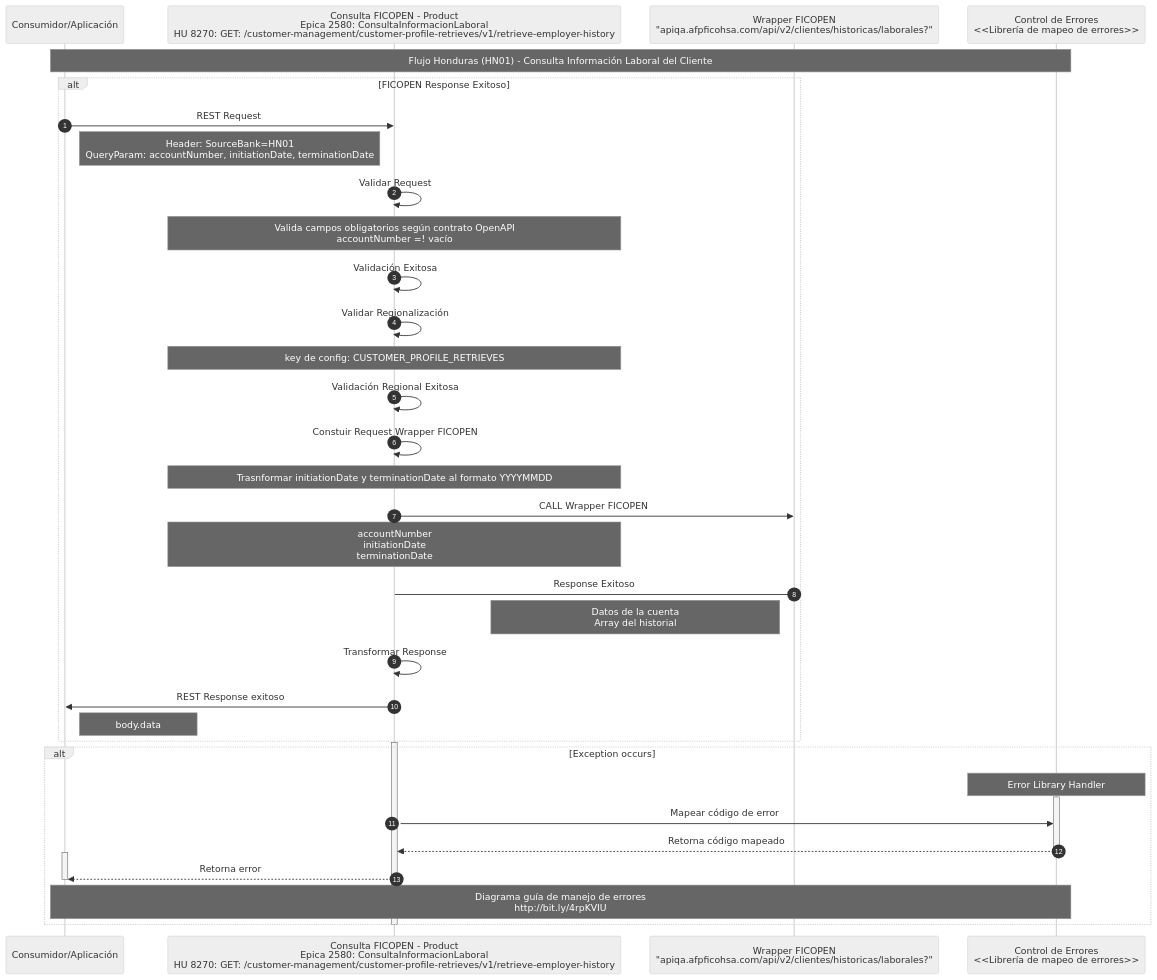
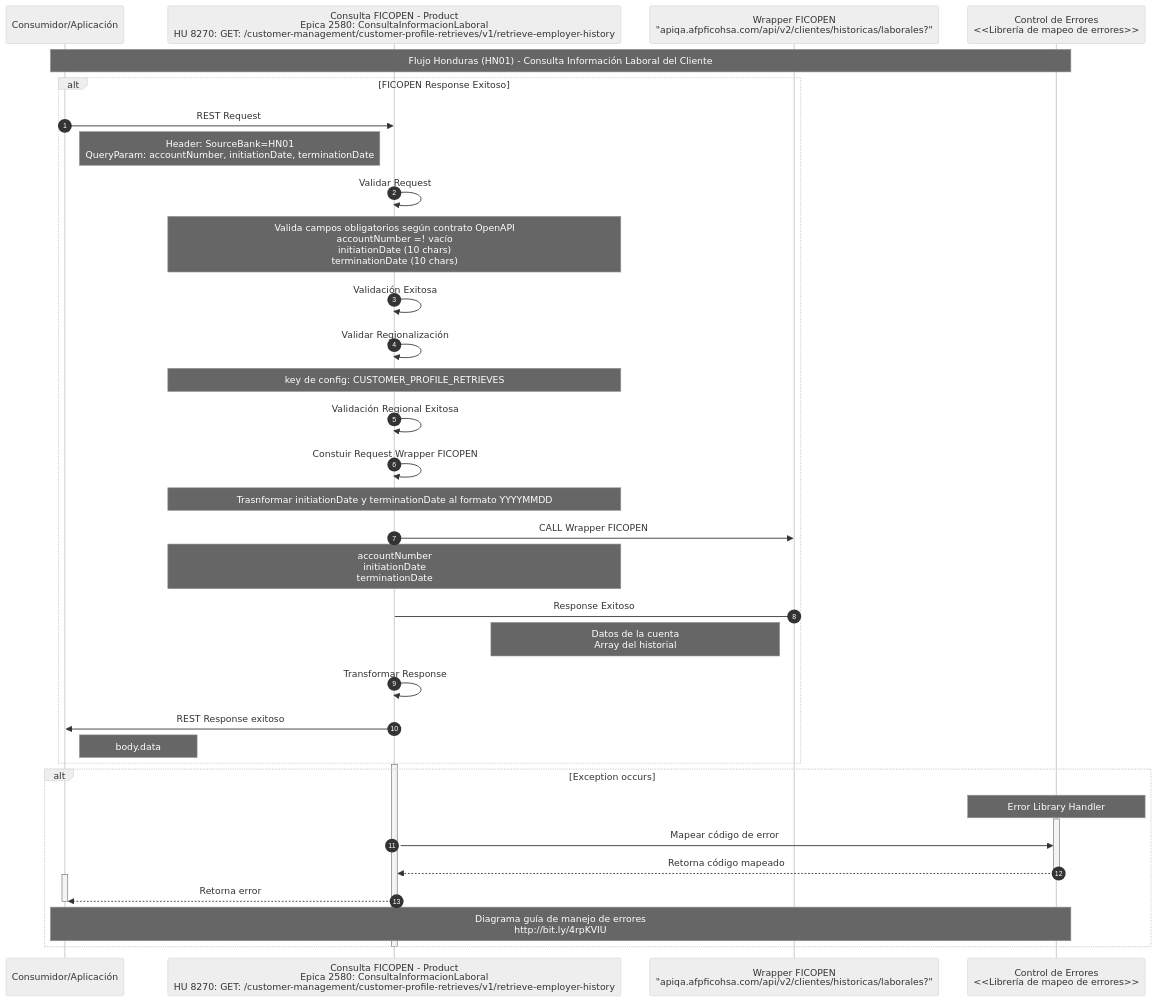
One commit to jmolano10/ficohsa-capa-media changed the diagram in ZMigrationFeature/ConsultaInformacionLaboral/TO-BE-04-Secuencia-HN01.mmd. Above: the diagram before and after it, drawn with Mermaid (neutral theme). The commit also changed 1 other file, not shown here.

Commit message:
docs: correct API parameter descriptions in HN01 sequence diagrams
- Change "Param" to "QueryParam" in ConsultaFICOPEN diagram to accurately reflect query parameters.
- Add missing validation notes for initiationDate and terminationDate in ConsultaInformacionLaboral diagram to align with OpenAPI contract requirements.

```diff
--- a/ZMigrationFeature/ConsultaInformacionLaboral/TO-BE-04-Secuencia-HN01.mmd
+++ b/ZMigrationFeature/ConsultaInformacionLaboral/TO-BE-04-Secuencia-HN01.mmd
@@ -1,51 +1,51 @@
 sequenceDiagram
     autonumber
     participant Consumidor as Consumidor/Aplicación
     participant API as Consulta FICOPEN - Product <br> Epica 2580: ConsultaInformacionLaboral <br> HU 8270:  GET: /customer-management/customer-profile-retrieves/v1/retrieve-employer-history
     participant WFP as Wrapper FICOPEN <br> "apiqa.afpficohsa.com/api/v2/clientes/historicas/laborales?"
     participant Errors as Control de Errores <br/> <<Librería de mapeo de errores>>
 
     Note over Consumidor, Errors: Flujo Honduras (HN01) - Consulta Información Laboral del Cliente
 
     alt FICOPEN Response Exitoso
         Consumidor->>API: REST Request
         Note right of Consumidor: Header: SourceBank=HN01 <br/> QueryParam: accountNumber, initiationDate, terminationDate
 
         API->>API: Validar Request
-        Note over API: Valida campos obligatorios según contrato OpenAPI <br/>accountNumber =! vacío
+        Note over API: Valida campos obligatorios según contrato OpenAPI <br/> accountNumber =! vacío <br/> initiationDate (10 chars) <br/> terminationDate (10 chars)
 
         API->>API: Validación Exitosa
 
         API->>API: Validar Regionalización
         Note over API: key de config: CUSTOMER_PROFILE_RETRIEVES
 
         API->>API: Validación Regional Exitosa
 
         API->>API: Constuir Request Wrapper FICOPEN
         Note over API: Trasnformar initiationDate y terminationDate al formato YYYYMMDD
 
         API->>WFP: CALL Wrapper FICOPEN
         Note over API: accountNumber <br> initiationDate <br> terminationDate
 
         WFP->API: Response Exitoso
         Note left of WFP: Datos de la cuenta <br/> Array del historial
 
         API->>API: Transformar Response
 
         API->>Consumidor: REST Response exitoso
         Note right of Consumidor: body.data
     end
 
     activate API
     alt Exception occurs
         note over Errors: Error Library Handler
         activate Errors
             API->> Errors: Mapear código de error
             Errors -->> API: Retorna código mapeado
         deactivate Errors
         activate Consumidor
             API-->> Consumidor: Retorna error
         deactivate Consumidor
         Note over Consumidor,Errors: Diagrama guía de manejo de errores <br> http://bit.ly/4rpKVIU
     end
     deactivate API
```
